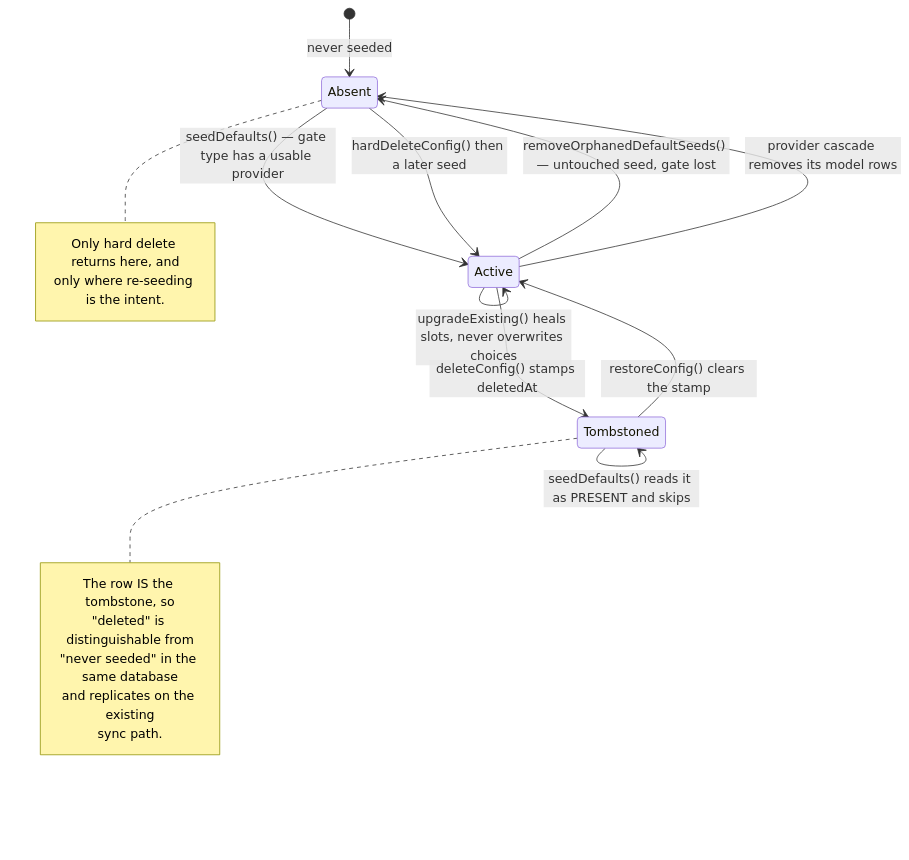
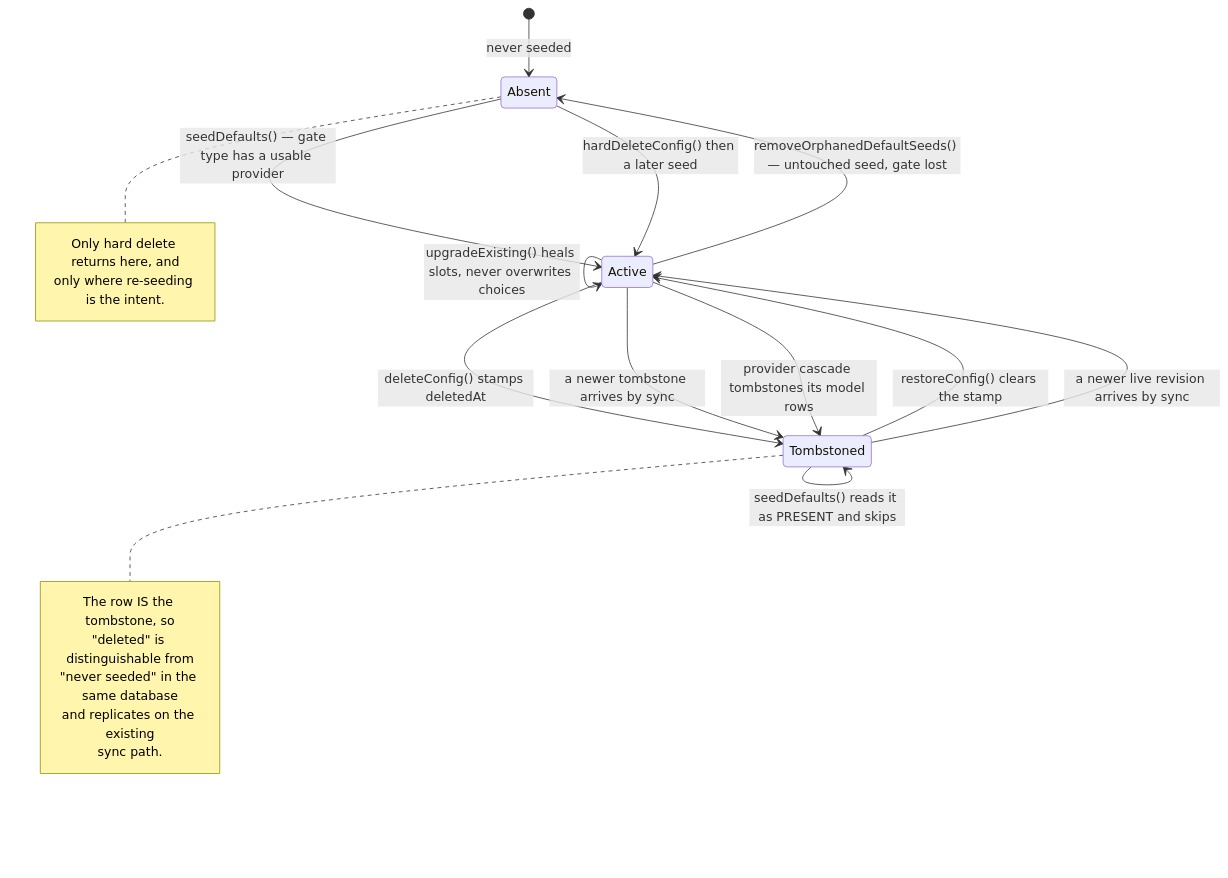
One commit to matthiasn/lotti changed the first of 3 diagrams in knowledge/features/ai/seeding-and-lifecycle.md. Above: the diagram before and after it, drawn with Mermaid. The commit also changed other lines of this file and 15 other files, not shown here.

````diff
--- a/knowledge/features/ai/seeding-and-lifecycle.md
+++ b/knowledge/features/ai/seeding-and-lifecycle.md
@@ -130,23 +134,25 @@
 ```mermaid
 stateDiagram-v2
     [*] --> Absent: never seeded
     Absent --> Active: seedDefaults() — gate type has a usable provider
     Active --> Active: upgradeExisting() heals slots, never overwrites choices
     Active --> Tombstoned: deleteConfig() stamps deletedAt
     Tombstoned --> Tombstoned: seedDefaults() reads it as PRESENT and skips
     Tombstoned --> Active: restoreConfig() clears the stamp
+    Tombstoned --> Active: a newer live revision arrives by sync
+    Active --> Tombstoned: a newer tombstone arrives by sync
     Absent --> Active: hardDeleteConfig() then a later seed
     Active --> Absent: removeOrphanedDefaultSeeds() — untouched seed, gate lost
-    Active --> Absent: provider cascade removes its model rows
+    Active --> Tombstoned: provider cascade tombstones its model rows
     note right of Tombstoned
       The row IS the tombstone, so
       "deleted" is distinguishable from
       "never seeded" in the same database
       and replicates on the existing
       sync path.
     end note
     note right of Absent
       Only hard delete returns here, and
       only where re-seeding is the intent.
     end note
 ```
````
